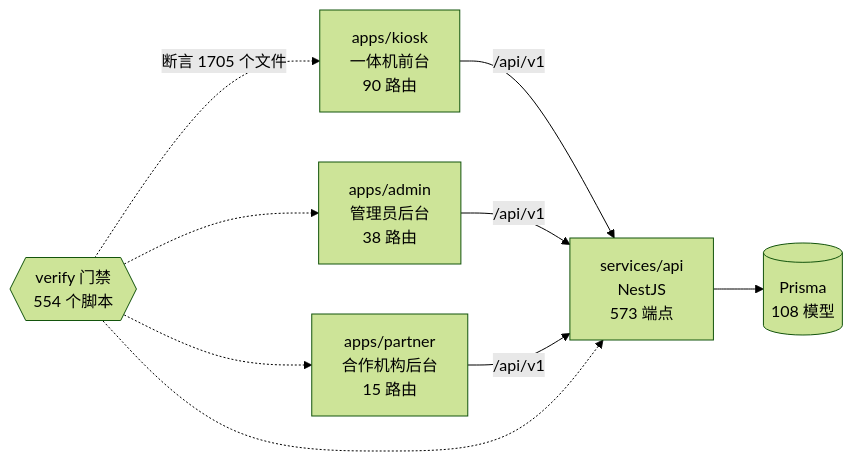
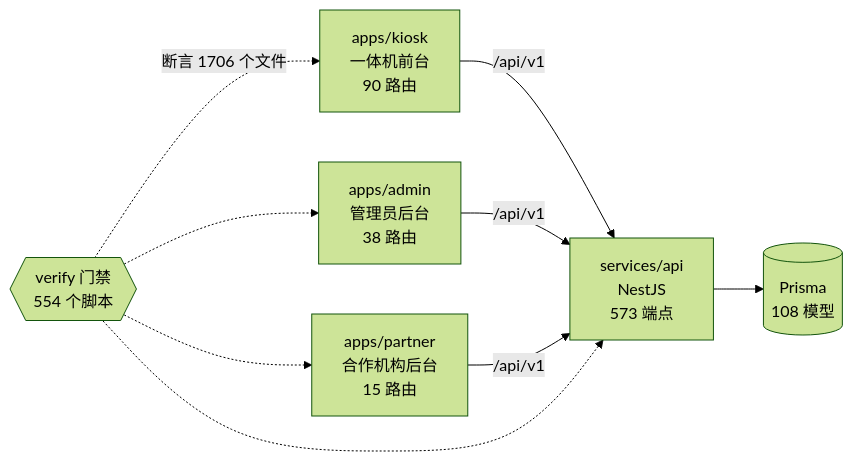
Before and after one commit to wanglei581/YITIJI: the diagram in docs/graph/README.md, drawn with Mermaid (forest theme). The commit also changed other lines of this file and 13 other files, not shown here.

````diff
--- a/docs/graph/README.md
+++ b/docs/graph/README.md
@@ -68,18 +68,18 @@
 ```mermaid
 flowchart LR
   kiosk["apps/kiosk<br/>一体机前台<br/>90 路由"]
   admin["apps/admin<br/>管理员后台<br/>38 路由"]
   partner["apps/partner<br/>合作机构后台<br/>15 路由"]
   api["services/api<br/>NestJS<br/>573 端点"]
   db[("Prisma<br/>108 模型")]
   gates{{"verify 门禁<br/>554 个脚本"}}
 
   kiosk -->|"/api/v1"| api
   admin -->|"/api/v1"| api
   partner -->|"/api/v1"| api
   api --> db
-  gates -.->|"断言 1705 个文件"| kiosk
+  gates -.->|"断言 1706 个文件"| kiosk
   gates -.-> admin
   gates -.-> partner
   gates -.-> api
 ```
````
